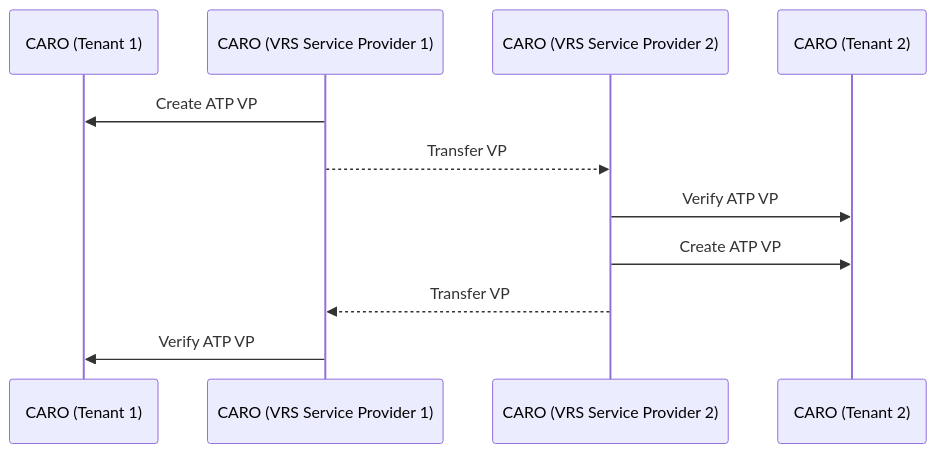
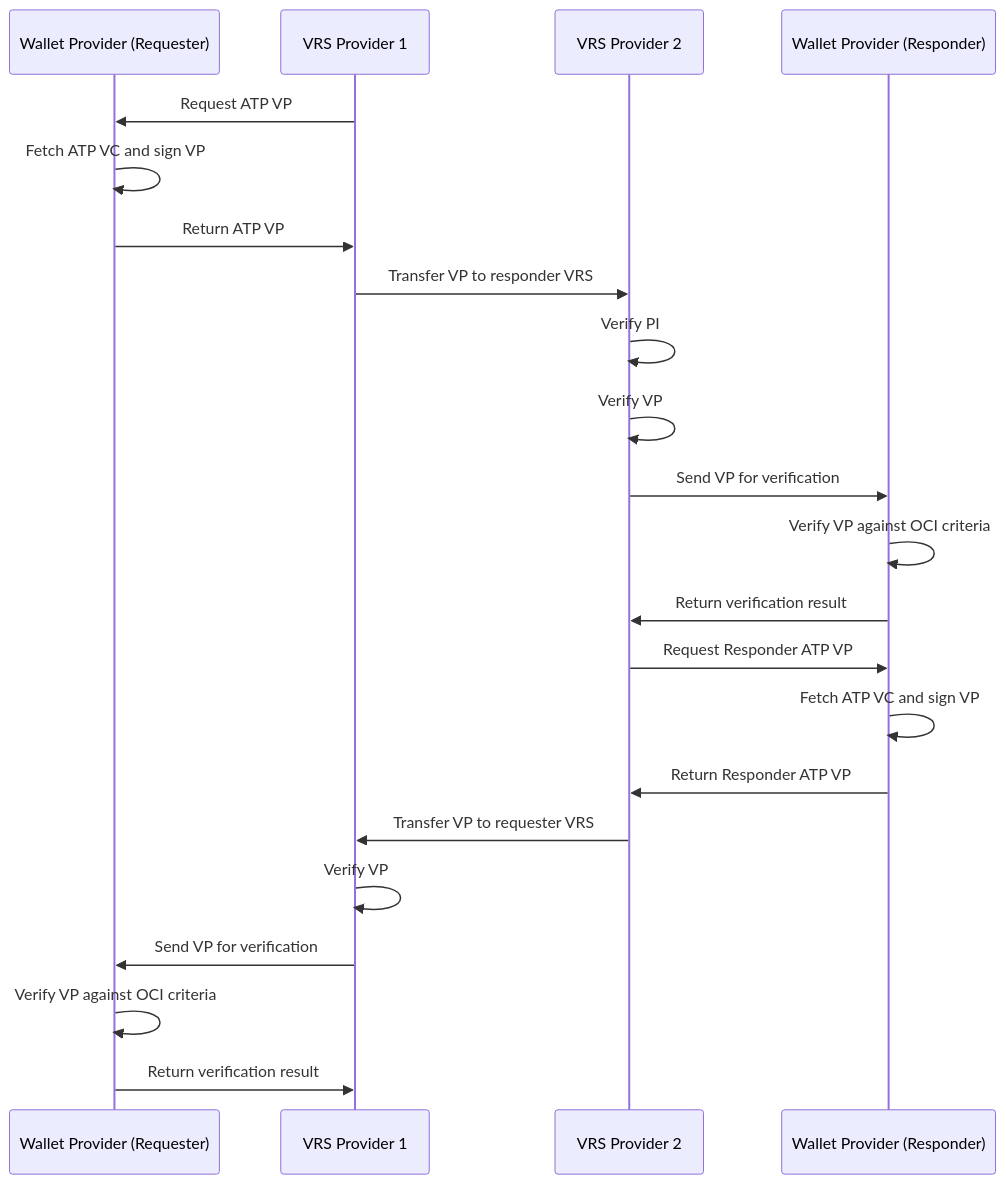
The diagram in README.md (Open-Credentialing-Initiative/vrs-performance-testing), drawn with Mermaid before and after one commit. The commit also changed other lines of this file and 8 other files, not shown here.

Commit message:
chore: update flow to be generic

````diff
--- a/README.md
+++ b/README.md
@@ -24,13 +17,24 @@
 ```mermaid
 sequenceDiagram
-    participant CARO (Tenant 1)
-    participant CARO (VRS Service Provider 1)
-    participant CARO (VRS Service Provider 2)
-    participant CARO (Tenant 2)
-    CARO (VRS Service Provider 1)->>CARO (Tenant 1): Create ATP VP
-    CARO (VRS Service Provider 1)-->>CARO (VRS Service Provider 2): Transfer VP
-    CARO (VRS Service Provider 2)->>CARO (Tenant 2): Verify ATP VP
-    CARO (VRS Service Provider 2)->>CARO (Tenant 2): Create ATP VP
-    CARO (VRS Service Provider 2)-->>CARO (VRS Service Provider 1): Transfer VP
-    CARO (VRS Service Provider 1)->>CARO (Tenant 1): Verify ATP VP
+    participant Wallet Provider (Requester)
+    participant VRS Provider 1
+    participant VRS Provider 2
+    participant Wallet Provider (Responder)
+    VRS Provider 1->>Wallet Provider (Requester): Request ATP VP
+    Wallet Provider (Requester)->>Wallet Provider (Requester): Fetch ATP VC and sign VP
+    Wallet Provider (Requester)->>VRS Provider 1: Return ATP VP
+    VRS Provider 1->>VRS Provider 2: Transfer VP to responder VRS
+    VRS Provider 2->>VRS Provider 2: Verify PI
+    VRS Provider 2->>VRS Provider 2: Verify VP
+    VRS Provider 2->>Wallet Provider (Responder): Send VP for verification
+    Wallet Provider (Responder)->>Wallet Provider (Responder): Verify VP against OCI criteria
+    Wallet Provider (Responder)->>VRS Provider 2: Return verification result
+    VRS Provider 2->>Wallet Provider (Responder): Request Responder ATP VP
+    Wallet Provider (Responder)->>Wallet Provider (Responder): Fetch ATP VC and sign VP
+    Wallet Provider (Responder)->>VRS Provider 2: Return Responder ATP VP
+    VRS Provider 2->>VRS Provider 1: Transfer VP to requester VRS
+    VRS Provider 1->>VRS Provider 1: Verify VP
+    VRS Provider 1->>Wallet Provider (Requester): Send VP for verification
+    Wallet Provider (Requester)->>Wallet Provider (Requester): Verify VP against OCI criteria
+    Wallet Provider (Requester)->>VRS Provider 1: Return verification result
 ```
````
